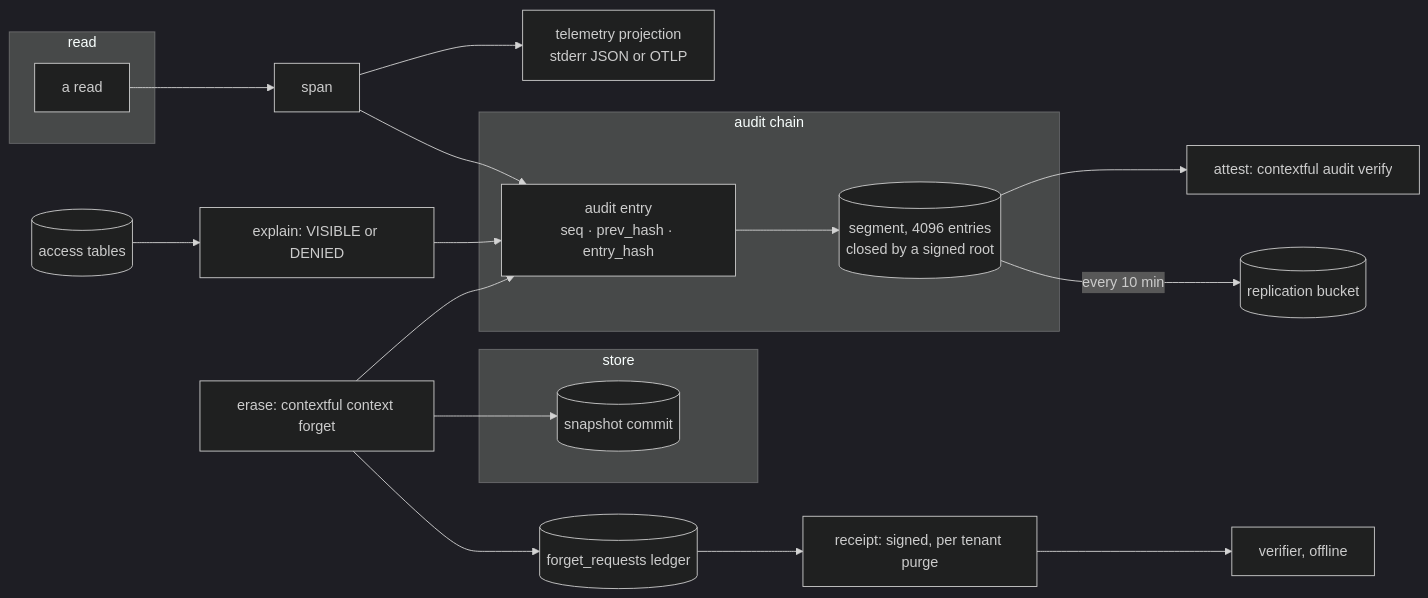
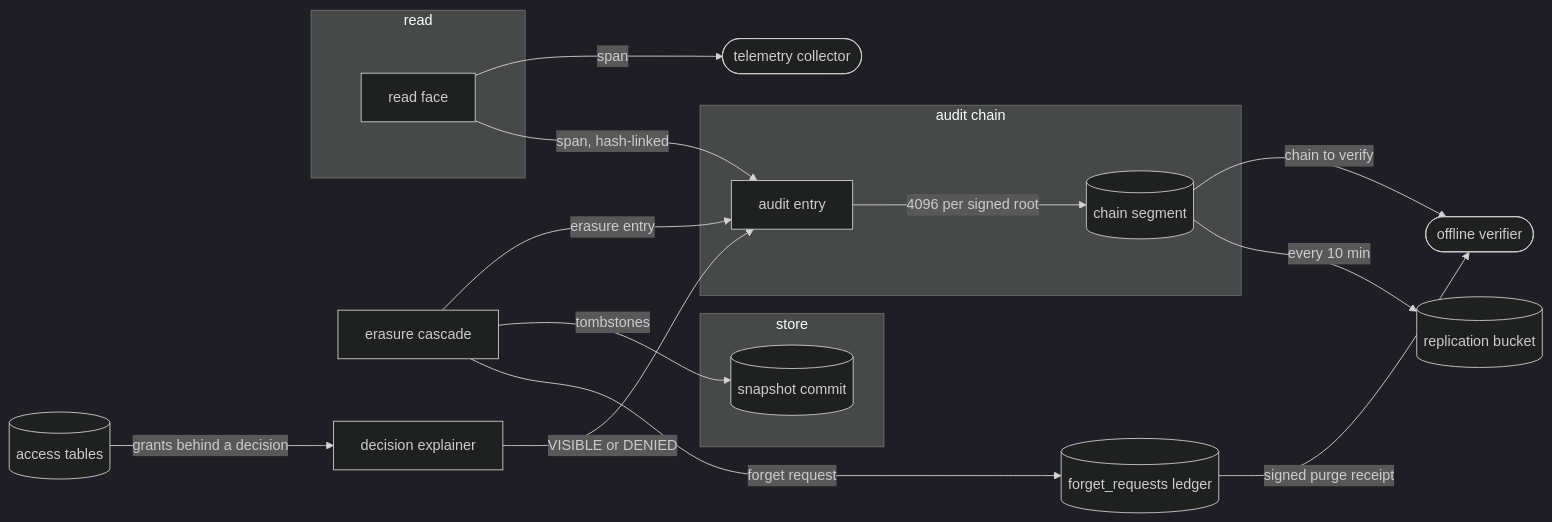
The first of 5 diagrams in spec/62-accountability.md (fractalboxdev/contextful), drawn with Mermaid (dark theme) before and after one commit. The commit also changed other lines of this file and 44 other files, not shown here.

First line of the commit message:
spec: diagrams draw entities and flows, and the checker enforces it (#12)

````diff
--- a/spec/62-accountability.md
+++ b/spec/62-accountability.md
@@ -21,36 +21,31 @@
 ```mermaid
 flowchart LR
   subgraph READ["read"]
-    RD["a read"]
+    RD["read face"]
   end
   subgraph CHAIN["audit chain"]
-    ENTRY["audit entry<br/>seq · prev_hash · entry_hash"]
-    SEG[("segment, 4096 entries<br/>closed by a signed root")]
+    ENTRY["audit entry"]
+    SEG[("chain segment")]
   end
   subgraph STORE["store"]
     SNAP[("snapshot commit")]
   end
-  SPAN["span"]
-  TEL["telemetry projection<br/>stderr JSON or OTLP"]
+  TEL(["telemetry collector"])
   BKT[("replication bucket")]
-  VER["attest: contextful audit verify"]
+  VER(["offline verifier"])
   ACC[("access tables")]
-  EXPL["explain: VISIBLE or DENIED"]
-  FORGET["erase: contextful context forget"]
+  EXPLAINER["decision explainer"]
+  ERASER["erasure cascade"]
   LEDGER[("forget_requests ledger")]
-  RCPT["receipt: signed, per tenant purge"]
-  AUDITOR["verifier, offline"]
-  RD --> SPAN
-  SPAN --> ENTRY
-  SPAN --> TEL
-  ENTRY --> SEG
-  SEG -- "every 10 min" --> BKT
-  SEG --> VER
-  ACC --> EXPL
-  EXPL --> ENTRY
-  FORGET --> LEDGER
-  FORGET --> SNAP
-  FORGET --> ENTRY
-  LEDGER --> RCPT
-  RCPT --> AUDITOR
+  RD -->|"span, hash-linked"| ENTRY
+  RD -->|"span"| TEL
+  ENTRY -->|"4096 per signed root"| SEG
+  SEG -->|"every 10 min"| BKT
+  SEG -->|"chain to verify"| VER
+  ACC -->|"grants behind a decision"| EXPLAINER
+  EXPLAINER -->|"VISIBLE or DENIED"| ENTRY
+  ERASER -->|"forget request"| LEDGER
+  ERASER -->|"tombstones"| SNAP
+  ERASER -->|"erasure entry"| ENTRY
+  LEDGER -->|"signed purge receipt"| VER
 ```
````
